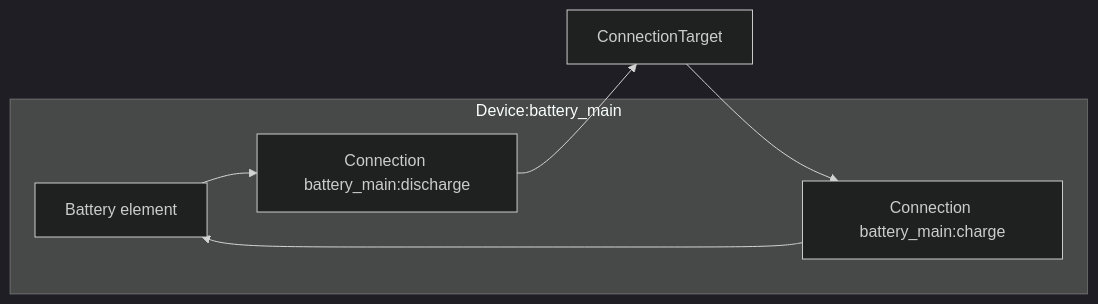
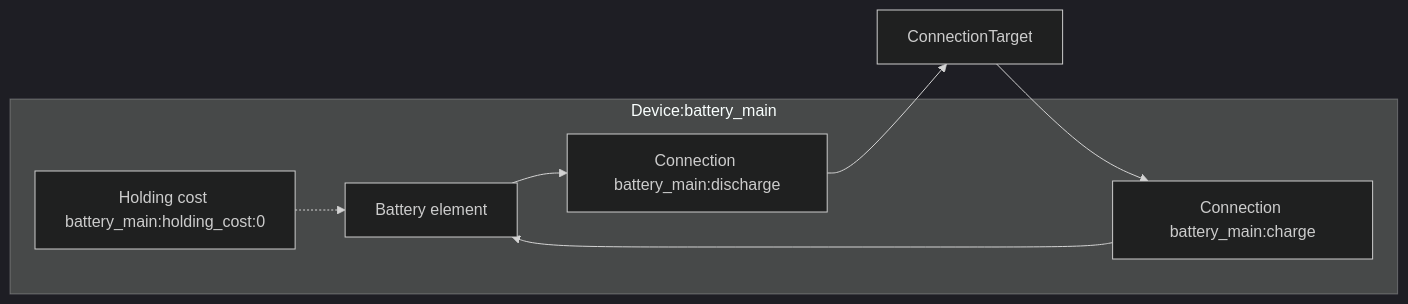
The diagram in docs/modeling/device-layer/battery.md (hass-energy/haeo), drawn with Mermaid (dark theme) before and after one commit. The commit also changed other lines of this file and 71 other files, not shown here.

First line of the commit message:
Replace battery partitions with holding costs

````diff
--- a/docs/modeling/device-layer/battery.md
+++ b/docs/modeling/device-layer/battery.md
@@ -8,13 +8,15 @@
 ```mermaid
 graph LR
     subgraph deviceBattery["Device:battery_main"]
         Battery["Battery element"]
         Discharge["Connection battery_main:discharge"]
         Charge["Connection battery_main:charge"]
+        Holding["Holding cost battery_main:holding_cost:0"]
     end
     Target[ConnectionTarget]
     Battery --> Discharge
     Discharge --> Target
     Target --> Charge
     Charge --> Battery
+    Holding -.-> Battery
 ```
````
